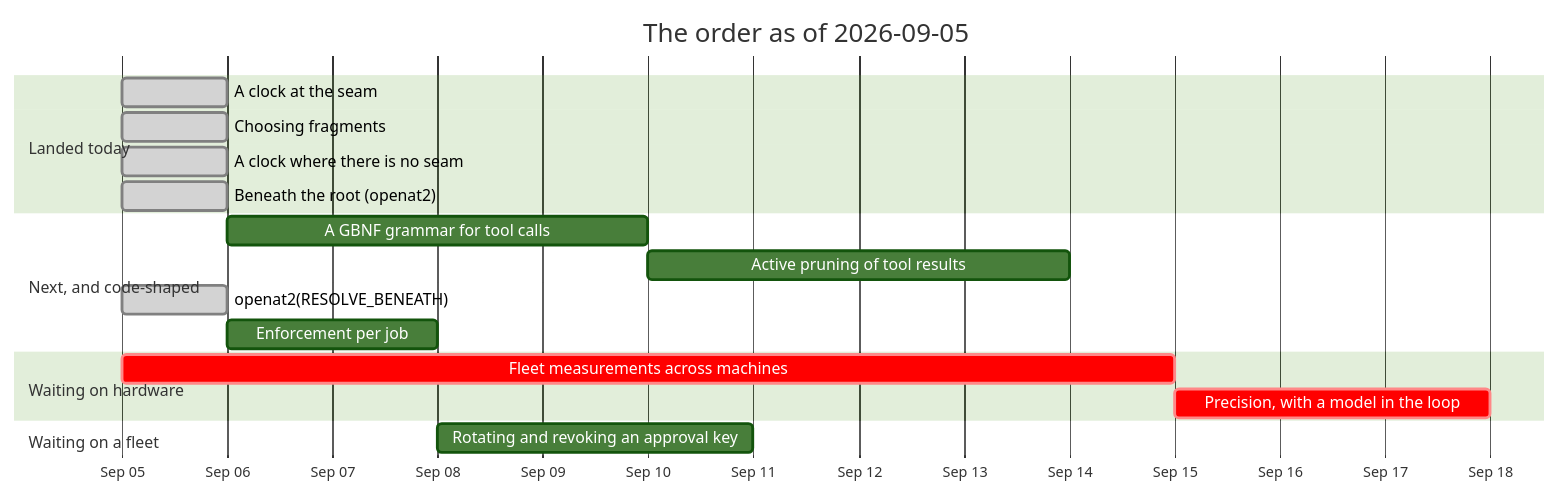
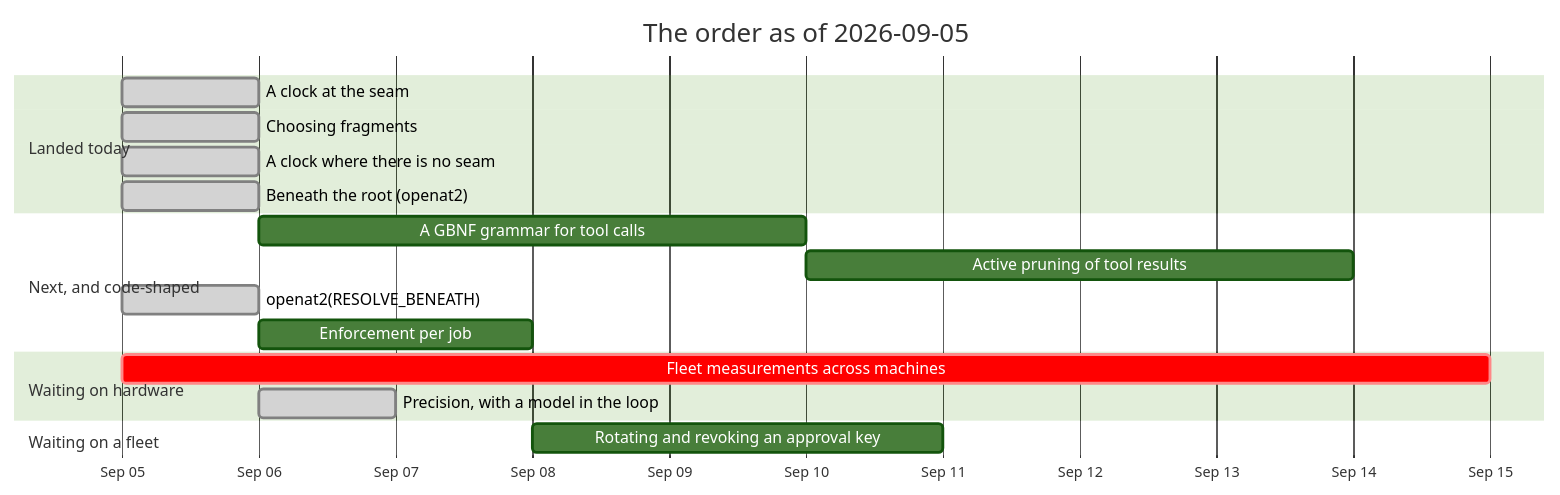
Before and after one commit to jgermade/luu: the diagram in ROADMAP/2026-09-05/README.md, drawn with Mermaid (forest theme). The commit also changed other lines of this file and 8 other files, not shown here.

First line of the commit message:
Probe/precision with a model (#22)

````diff
--- a/ROADMAP/2026-09-05/README.md
+++ b/ROADMAP/2026-09-05/README.md
@@ -39,21 +40,21 @@
 ```mermaid
 gantt
     title The order as of 2026-09-05
     dateFormat YYYY-MM-DD
     axisFormat %b %d
     section Landed today
     A clock at the seam                    :done, clock, 2026-09-05, 1d
     Choosing fragments                     :done, frag, 2026-09-05, 1d
     A clock where there is no seam         :done, hostclock, 2026-09-05, 1d
     Beneath the root (openat2)             :done, toctou2, 2026-09-05, 1d
     section Next, and code-shaped
     A GBNF grammar for tool calls          :gbnf, 2026-09-06, 4d
     Active pruning of tool results         :prune, after gbnf, 4d
     openat2(RESOLVE_BENEATH)               :done, toctou, 2026-09-05, 1d
     Enforcement per job                    :enf, 2026-09-06, 2d
     section Waiting on hardware
     Fleet measurements across machines     :crit, bench, 2026-09-05, 10d
-    Precision, with a model in the loop    :crit, prec, after bench, 3d
+    Precision, with a model in the loop    :done, prec, 2026-09-06, 1d
     section Waiting on a fleet
     Rotating and revoking an approval key  :keys, after enf, 3d
 ```
````
